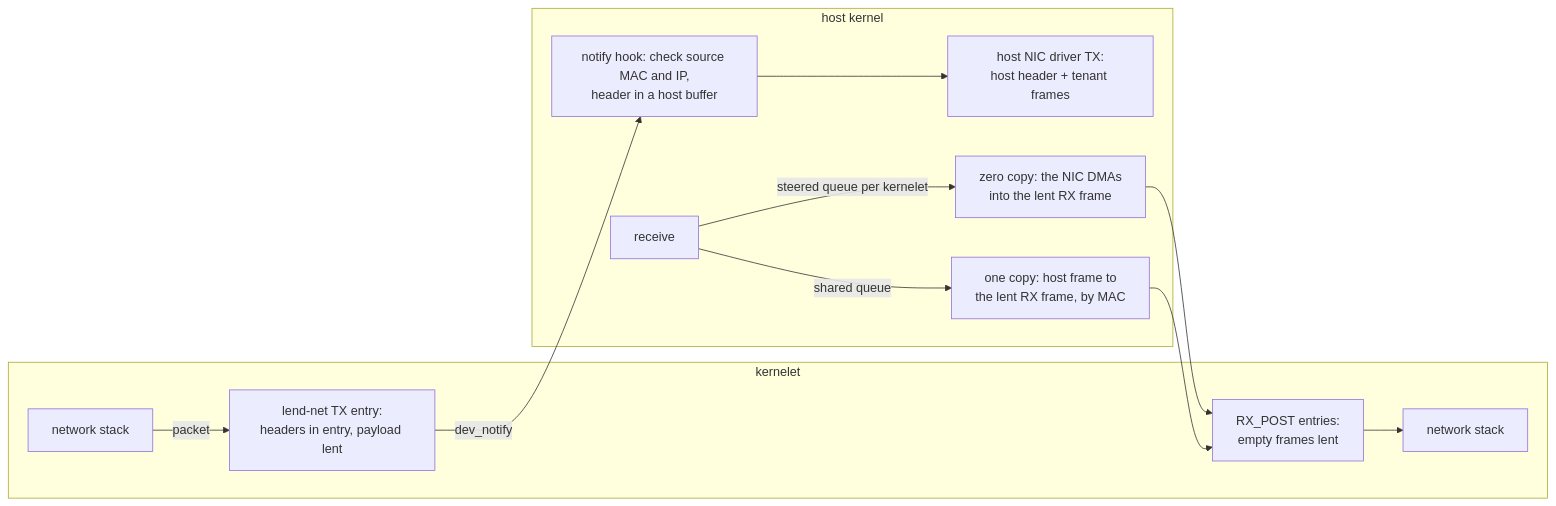
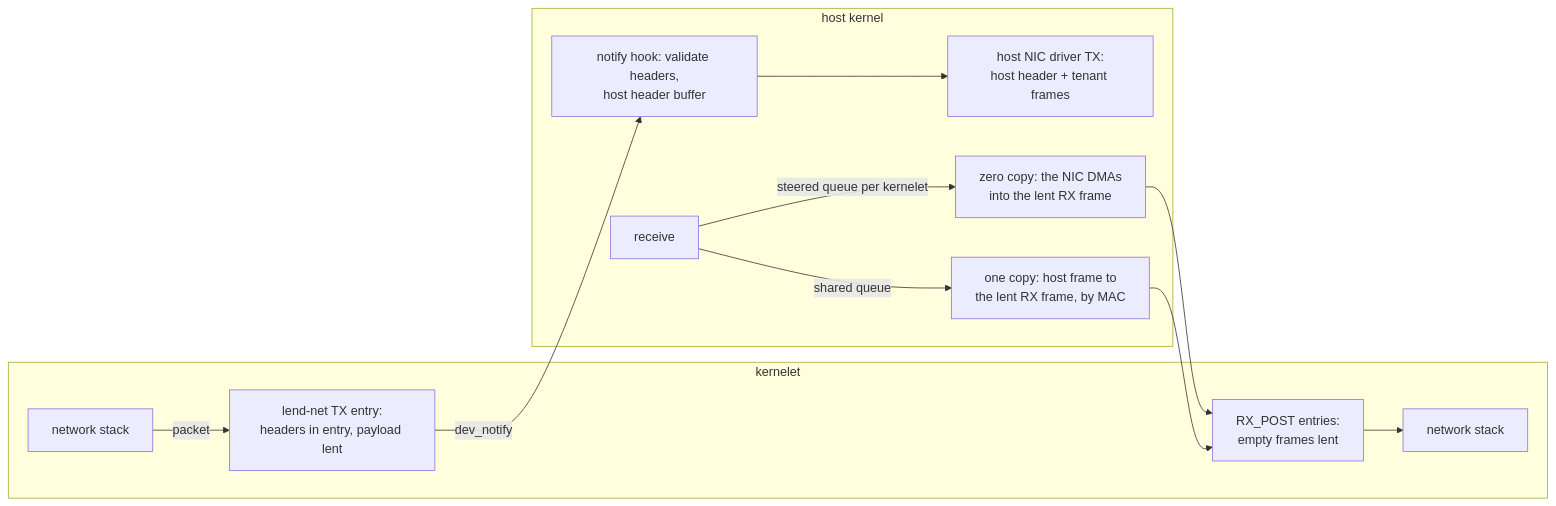
One commit to tatetian/kernelet-book changed the third of 4 diagrams in src/blueprint/design/zero-copy-io.md. Above: the diagram before and after it, drawn with Mermaid. The commit also changed other lines of this file and 3 other files, not shown here.

````diff
--- a/src/blueprint/design/zero-copy-io.md
+++ b/src/blueprint/design/zero-copy-io.md
@@ -116,15 +120,15 @@
 ```mermaid
 flowchart LR
   subgraph kl ["kernelet"]
     st[network stack] -->|packet| tx[lend-net TX entry:<br/>headers in entry, payload lent]
     rxq[RX_POST entries:<br/>empty frames lent] --> st2[network stack]
   end
   subgraph hk ["host kernel"]
-    hook[notify hook: check source MAC and IP,<br/>header in a host buffer] --> nic[host NIC driver TX:<br/>host header + tenant frames]
+    hook[notify hook: validate headers,<br/>host header buffer] --> nic[host NIC driver TX:<br/>host header + tenant frames]
     rq[receive] -->|steered queue per kernelet| rz[zero copy: the NIC DMAs<br/>into the lent RX frame]
     rq -->|shared queue| rc[one copy: host frame to<br/>the lent RX frame, by MAC]
   end
   tx -->|dev_notify| hook
   rz --> rxq
   rc --> rxq
 ```
````
